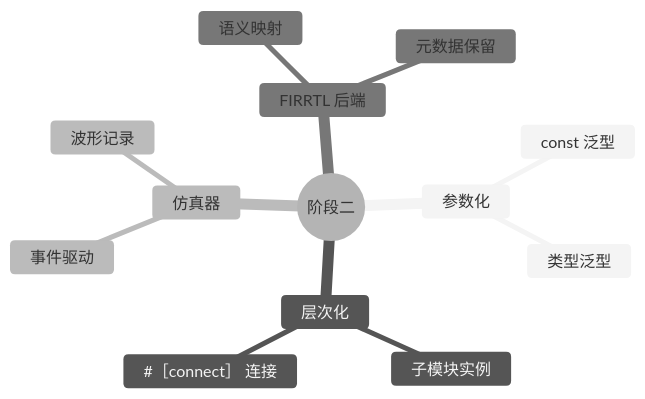
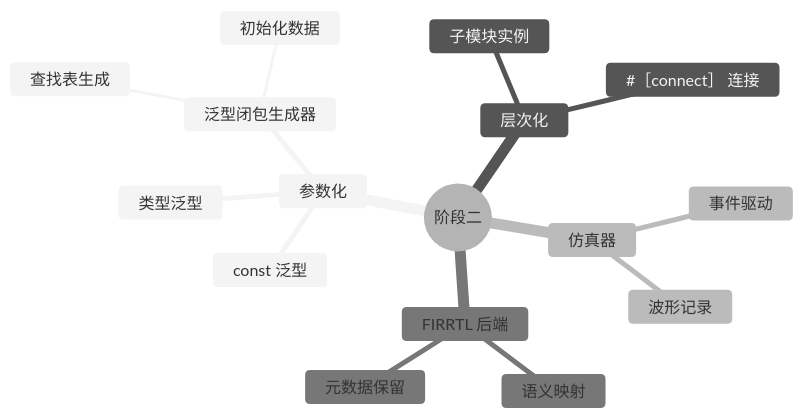
Before and after one commit to TangCan/bitloom: the fourth of 11 diagrams in docs/requirements/19. 实施路线图.md, drawn with Mermaid (neutral theme). The commit also changed other lines of this file and 17 other files, not shown here.

````diff
--- a/docs/requirements/19. 实施路线图.md
+++ b/docs/requirements/19. 实施路线图.md
@@ -146,17 +127,19 @@
 ```mermaid
 mindmap
   root((阶段二))
     参数化
       const 泛型
       类型泛型
+      泛型闭包生成器
+        查找表生成
+        初始化数据
     层次化
       子模块实例
       #［connect］ 连接
     仿真器
       事件驱动
       波形记录
     FIRRTL 后端
       语义映射
       元数据保留
-
 ```
````
